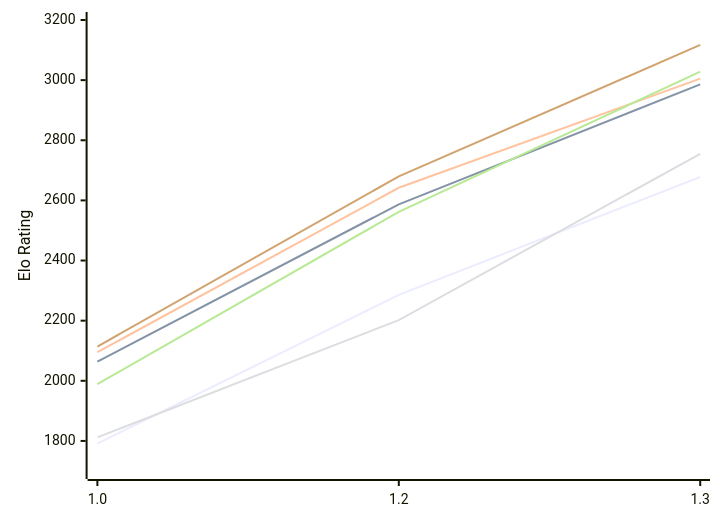
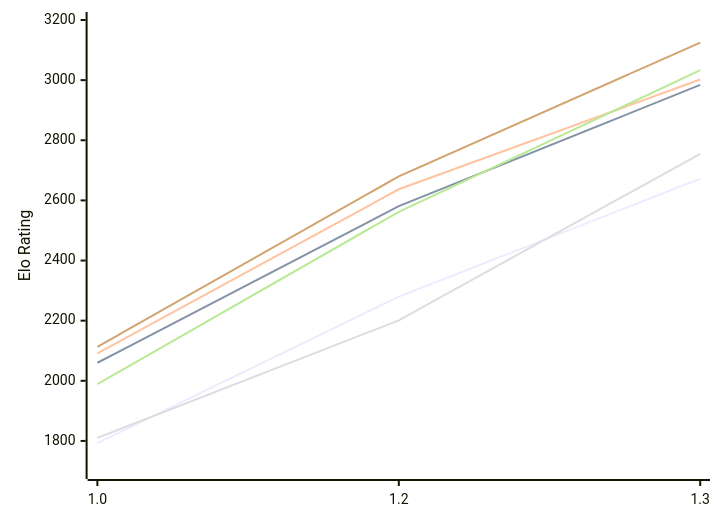
Before and after one commit to computer-chess-index/cci: the first of 2 diagrams in engines/Echekinator.md, drawn with Mermaid. The commit also changed other lines of this file, not shown here.

Commit message:
Update CCI Ratings (ELO VLTC) - 2026-11-09

````diff
--- a/engines/Echekinator.md
+++ b/engines/Echekinator.md
@@ -52,12 +52,12 @@
 ```mermaid
 %%{init: {"theme":"base","themeVariables":{"seriesColors:['#a3a3a3','#222221','#faa371']}}}%%
 xychart-beta
   x-axis ["1.0", "1.2", "1.3"]
   y-axis "Elo Rating" 1700 --> 3200
-  line "E1: STC (8.0+0.08s)" [1791, 2286, 2678]
-  line "E1: LTC (60.0+0.60s)" [2064, 2587, 2986]
-  line "E1: VLTC (2m24s+1.12s)" [2095, 2642, 3005]
-  line "P1: STC (8.0+0.08s)" [1812, 2202, 2755]
-  line "P1: LTC (60.0+0.60s)" [1989, 2562, 3028]
-  line "P1: VLTC (2m24s+1.12s)" [2114, 2680, 3117]
+  line "E1: STC (8.0+0.08s)" [1793, 2280, 2672]
+  line "E1: LTC (60.0+0.60s)" [2060, 2581, 2984]
+  line "E1: VLTC (2m24s+1.12s)" [2091, 2637, 3002]
+  line "P1: STC (8.0+0.08s)" [1810, 2201, 2755]
+  line "P1: LTC (60.0+0.60s)" [1989, 2562, 3033]
+  line "P1: VLTC (2m24s+1.12s)" [2113, 2680, 3125]
 ```
````
